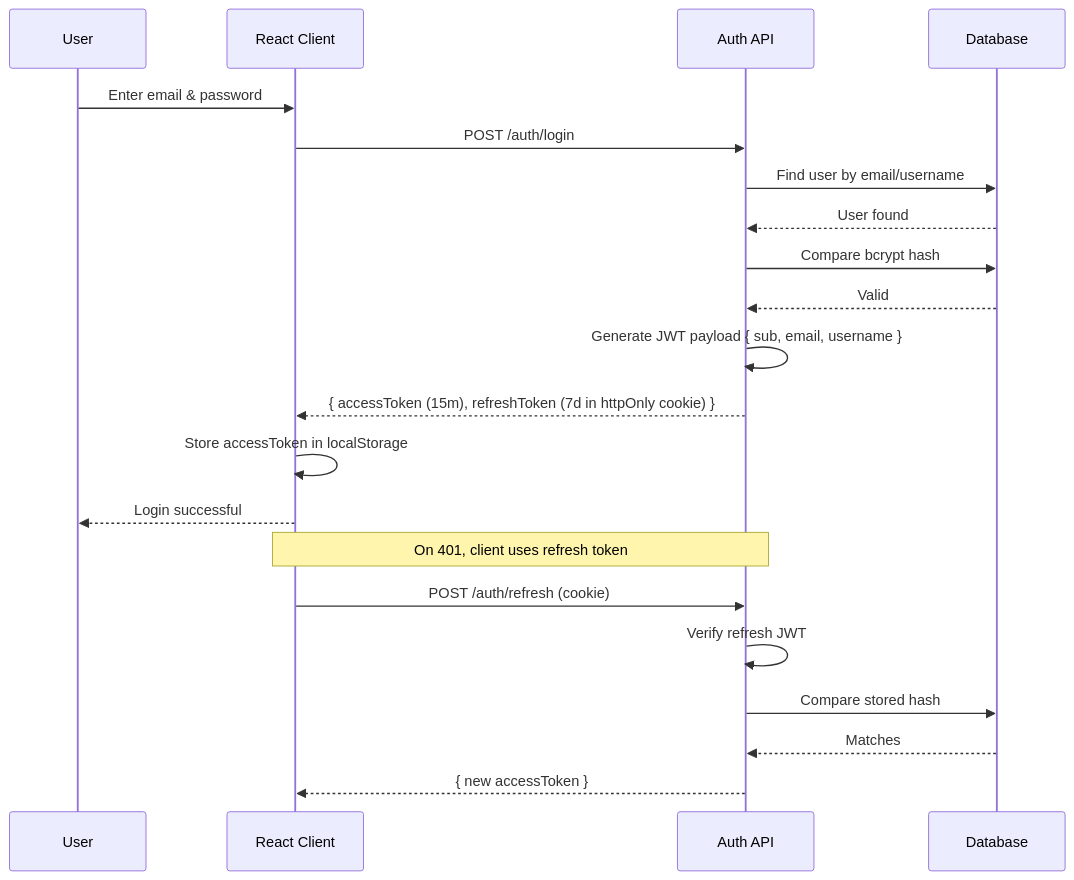
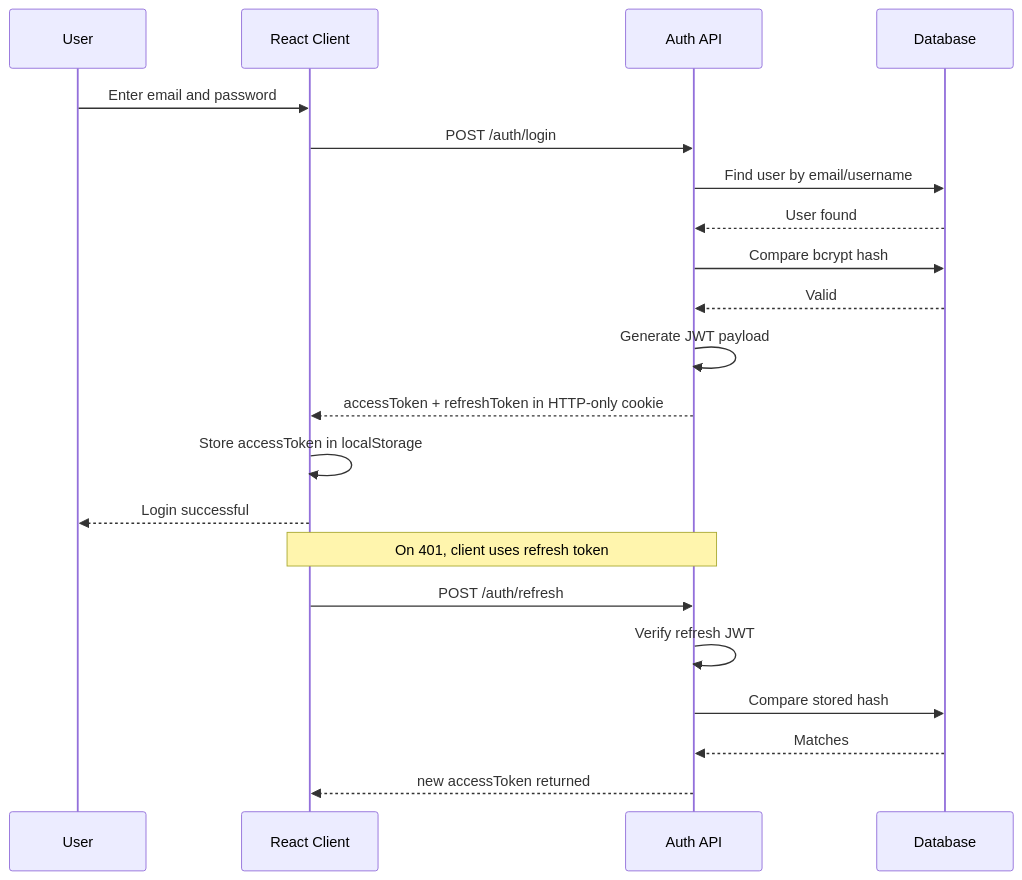
Before and after one commit to LeNguyenTatThang/Halogram: the second of 15 diagrams in README.md, drawn with Mermaid. The commit also changed other lines of this file, not shown here.

First line of the commit message:
fix: repair all Mermaid diagrams for GitHub render compatibility

````diff
--- a/README.md
+++ b/README.md
@@ -412,25 +412,25 @@
 ```mermaid
 sequenceDiagram
     participant U as User
     participant C as React Client
     participant API as Auth API
     participant DB as Database
 
-    U->>C: Enter email & password
+    U->>C: Enter email and password
     C->>API: POST /auth/login
     API->>DB: Find user by email/username
     DB-->>API: User found
     API->>DB: Compare bcrypt hash
     DB-->>API: Valid
-    API->>API: Generate JWT payload { sub, email, username }
-    API-->>C: { accessToken (15m), refreshToken (7d in httpOnly cookie) }
+    API->>API: Generate JWT payload
+    API-->>C: accessToken + refreshToken in HTTP-only cookie
     C->>C: Store accessToken in localStorage
     C-->>U: Login successful
 
     Note over C,API: On 401, client uses refresh token
-    C->>API: POST /auth/refresh (cookie)
+    C->>API: POST /auth/refresh
     API->>API: Verify refresh JWT
     API->>DB: Compare stored hash
     DB-->>API: Matches
-    API-->>C: { new accessToken }
+    API-->>C: new accessToken returned
 ```
````
